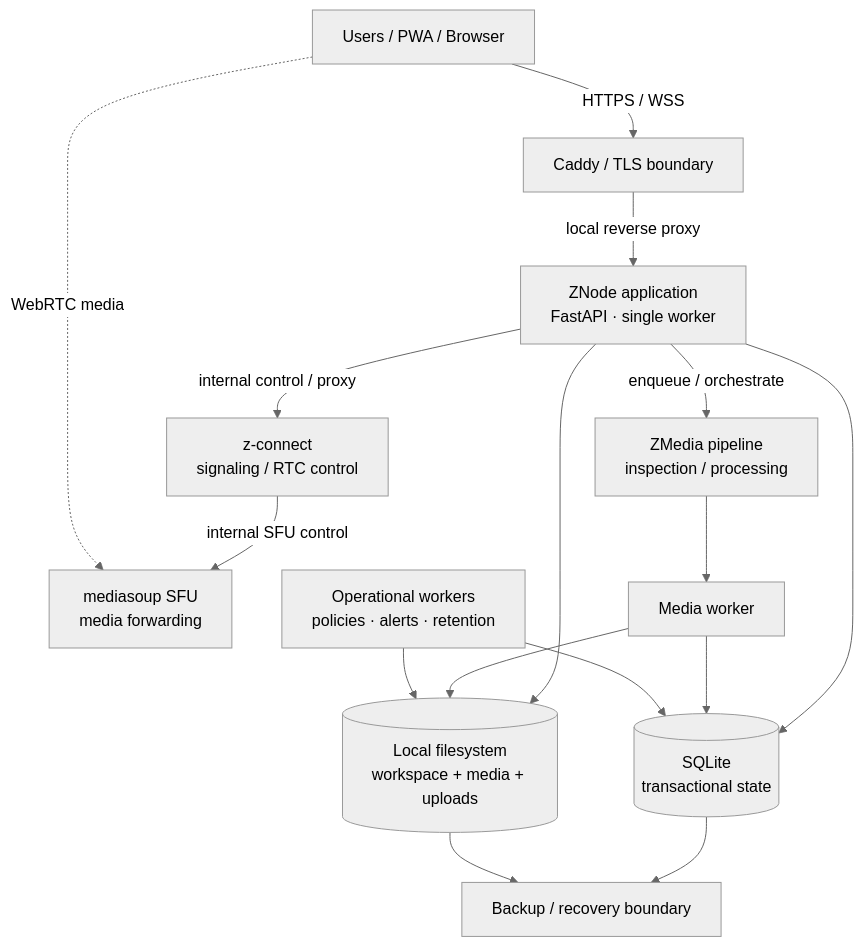
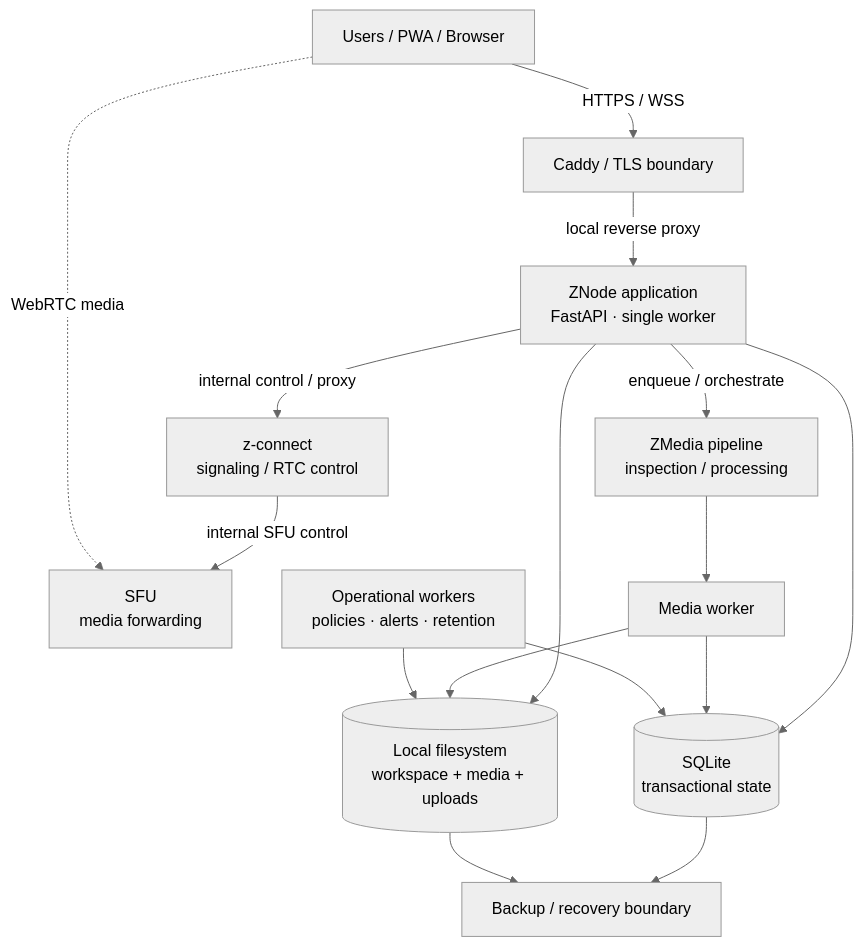
One commit to Zetako-Compression-Lab/Znode-sovereign-workspace-infrastructure changed the first of 2 diagrams in docs/ARCHITECTURE.md. Above: the diagram before and after it, drawn with Mermaid (neutral theme). The commit also changed other lines of this file, not shown here.

Commit message:
Simplify public SFU naming

````diff
--- a/docs/ARCHITECTURE.md
+++ b/docs/ARCHITECTURE.md
@@ -13,35 +13,35 @@
 ```mermaid
 flowchart TB
     U["Users / PWA / Browser"]
     C["Caddy / TLS boundary"]
     A["ZNode application<br/>FastAPI · single worker"]
     DB[("SQLite<br/>transactional state")]
     FS[("Local filesystem<br/>workspace + media + uploads")]
     ZC["z-connect<br/>signaling / RTC control"]
-    SFU["mediasoup SFU<br/>media forwarding"]
+    SFU["SFU<br/>media forwarding"]
     ZM["ZMedia pipeline<br/>inspection / processing"]
     MW["Media worker"]
     OW["Operational workers<br/>policies · alerts · retention"]
     B["Backup / recovery boundary"]
 
     U -->|HTTPS / WSS| C
     C -->|local reverse proxy| A
 
     A --> DB
     A --> FS
 
     A -->|internal control / proxy| ZC
     ZC -->|internal SFU control| SFU
     U -. WebRTC media .-> SFU
 
     A -->|enqueue / orchestrate| ZM
     ZM --> MW
     MW --> FS
     MW --> DB
 
     OW --> DB
     OW --> FS
 
     DB --> B
     FS --> B
 ```
````
